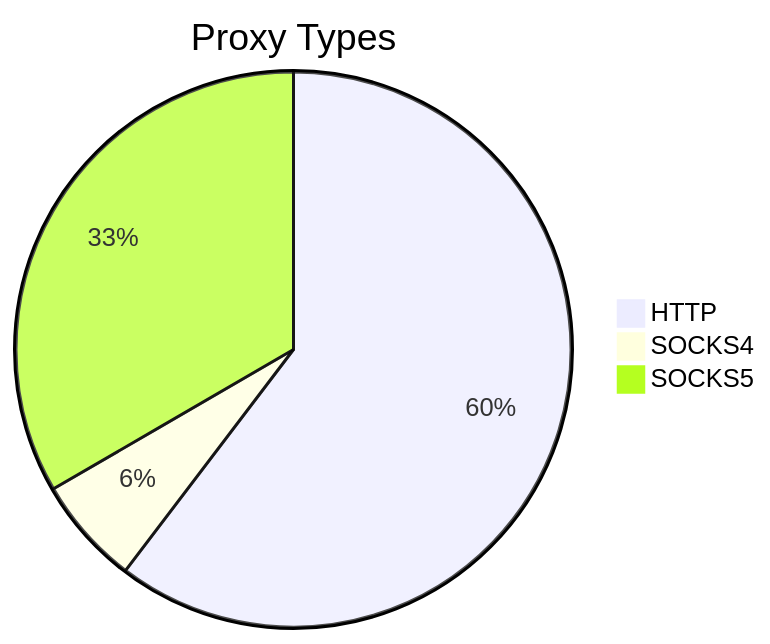
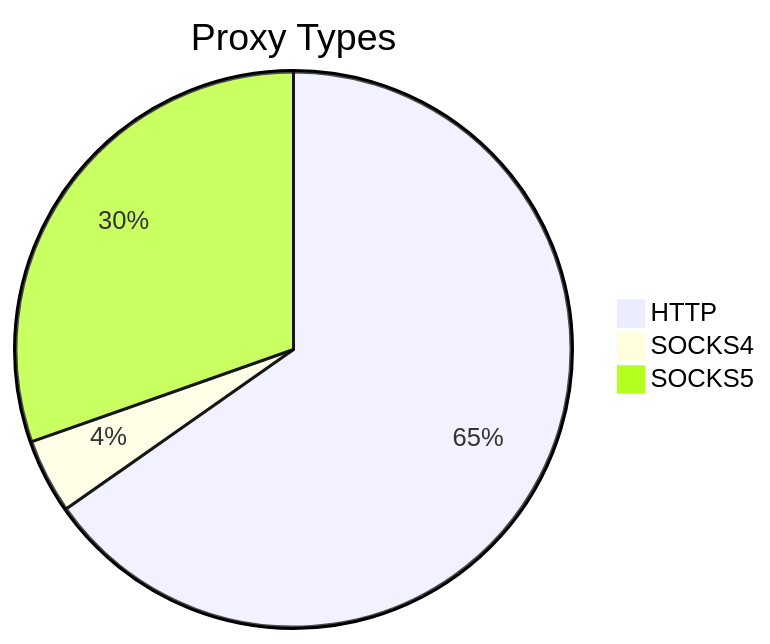
The first of 2 diagrams in README.md (stormsia/proxy-list), drawn with Mermaid before and after one commit. The commit also changed other lines of this file, not shown here.

````diff
--- a/README.md
+++ b/README.md
@@ -21,6 +21,6 @@
 ```mermaid
 pie title Proxy Types
-    "HTTP" : 528
-    "SOCKS4" : 55
-    "SOCKS5" : 292
+    "HTTP" : 451
+    "SOCKS4" : 30
+    "SOCKS5" : 210
 ```
````
